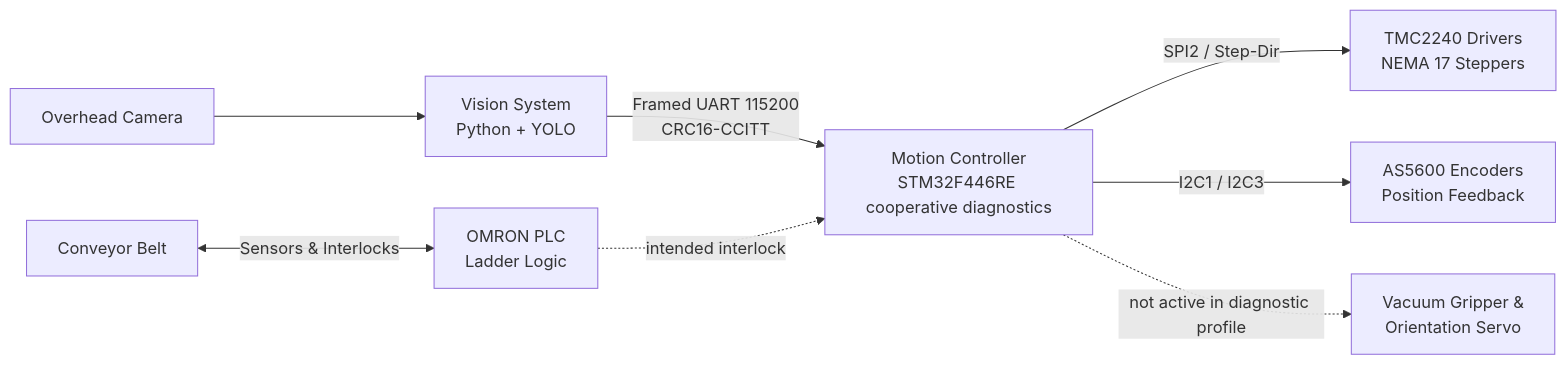
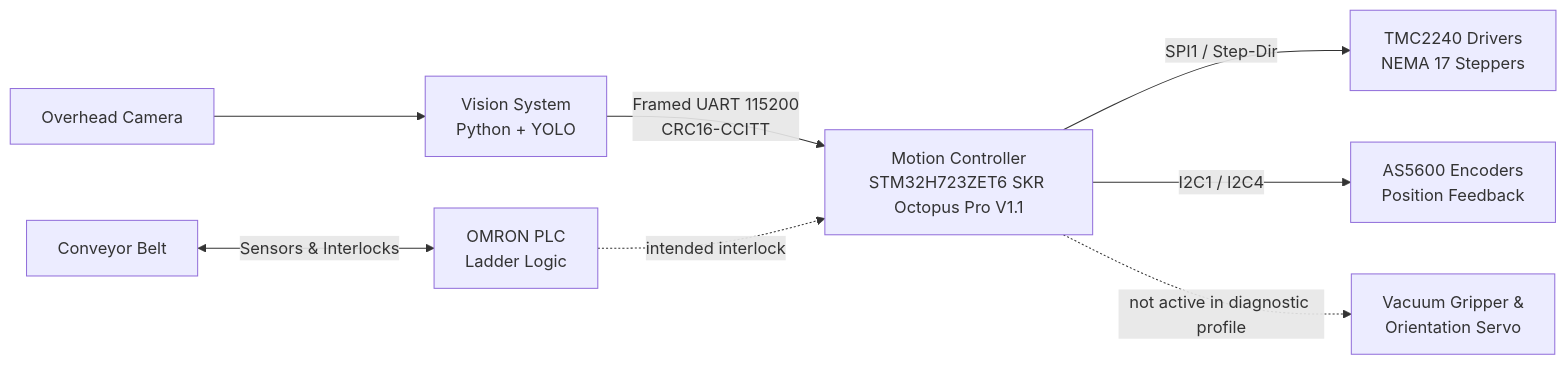
The diagram in README.md (MorisSintong/XZ-Manipulator-Controls), drawn with Mermaid before and after one commit. The commit also changed other lines of this file and 37 other files, not shown here.

First line of the commit message:
docs: audit and update documentation to reflect STM32H723 Octopus Pro migration

````diff
--- a/README.md
+++ b/README.md
@@ -16,10 +16,10 @@
 ```mermaid
 flowchart LR
     A[Overhead Camera] --> B[Vision System<br/>Python + YOLO]
-    B -->|Framed UART 115200<br/>CRC16-CCITT| C[Motion Controller<br/>STM32F446RE cooperative diagnostics]
-    C -->|SPI2 / Step-Dir| D[TMC2240 Drivers<br/>NEMA 17 Steppers]
-    C -->|I2C1 / I2C3| E[AS5600 Encoders<br/>Position Feedback]
+    B -->|Framed UART 115200<br/>CRC16-CCITT| C[Motion Controller<br/>STM32H723ZET6 SKR Octopus Pro V1.1]
+    C -->|SPI1 / Step-Dir| D[TMC2240 Drivers<br/>NEMA 17 Steppers]
+    C -->|I2C1 / I2C4| E[AS5600 Encoders<br/>Position Feedback]
     C -. not active in diagnostic profile .-> F[Vacuum Gripper &<br/>Orientation Servo]
     G[Conveyor Belt] <-->|Sensors & Interlocks| H[OMRON PLC<br/>Ladder Logic]
     H -. intended interlock .-> C
 ```
````
